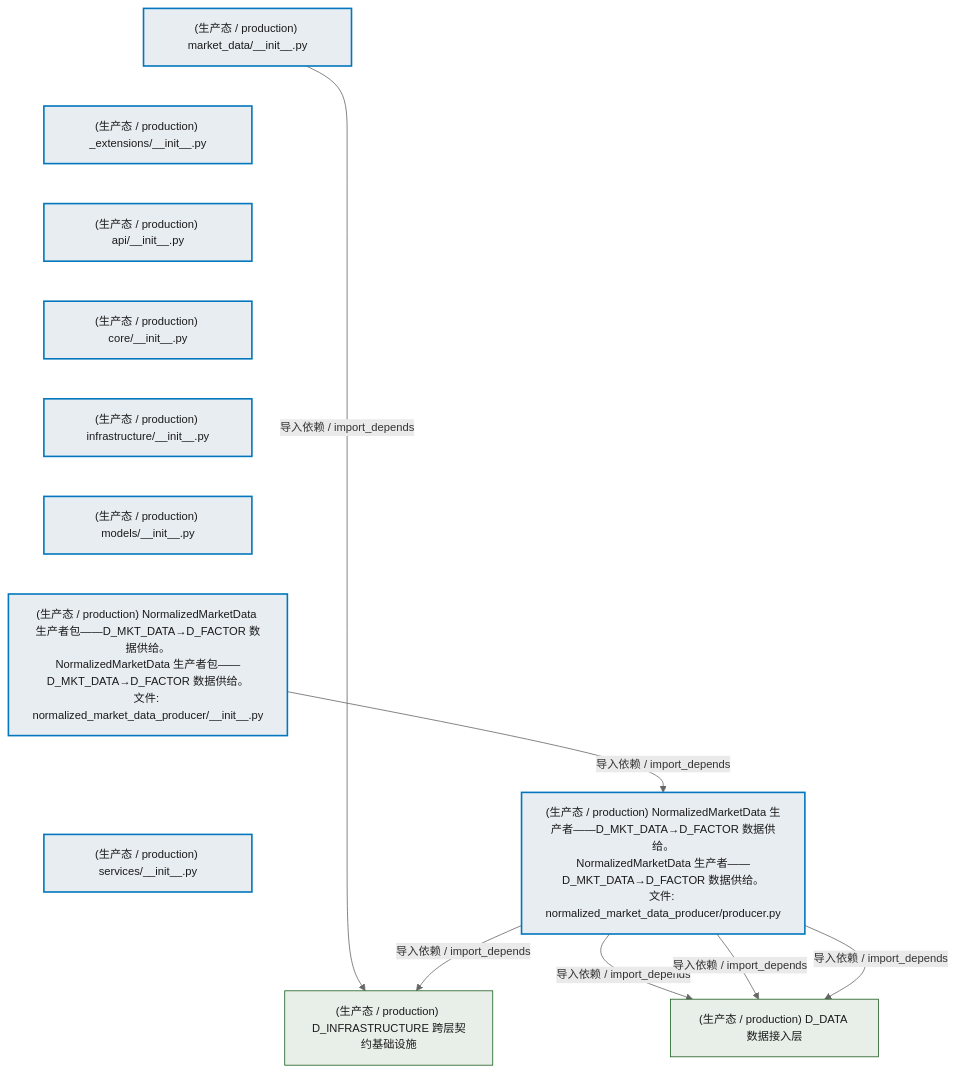
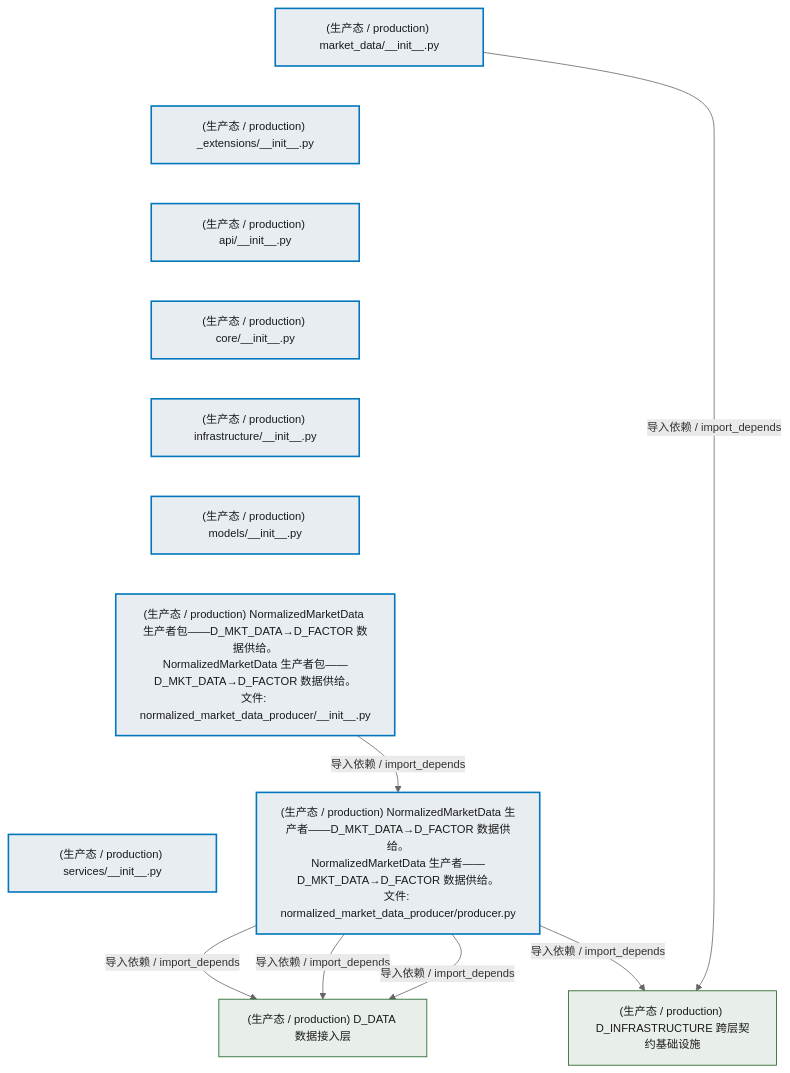
One commit to xuanFelixVan/ZephyrAlpha changed the first of 3 diagrams in docs/02_enterprise_architecture/02_domain_architecture_docs/23_d_mkt_data.md. Above: the diagram before and after it, drawn with Mermaid. The commit also changed other lines of this file and 42 other files, not shown here.

````diff
--- a/docs/02_enterprise_architecture/02_domain_architecture_docs/23_d_mkt_data.md
+++ b/docs/02_enterprise_architecture/02_domain_architecture_docs/23_d_mkt_data.md
@@ -71,34 +71,34 @@
 ```mermaid
 %%{init: {'theme': 'base', 'themeVariables': {'primaryColor': '#eaeaea', 'primaryTextColor': '#333333', 'primaryBorderColor': '#666666', 'lineColor': '#666666', 'secondaryColor': '#eaeaea', 'tertiaryColor': '#eaeaea', 'fontSize': '14px'}}}%%
 flowchart TD
     src_zephyr_market_data_init_py["(生产态 / production) market_data/__init__.py"]
     src_zephyr_market_data_extensions_init_py["(生产态 / production) _extensions/__init__.py"]
     src_zephyr_market_data_api_init_py["(生产态 / production) api/__init__.py"]
     src_zephyr_market_data_core_init_py["(生产态 / production) core/__init__.py"]
     src_zephyr_market_data_infrastructure_init_py["(生产态 / production) infrastructure/__init__.py"]
     src_zephyr_market_data_models_init_py["(生产态 / production) models/__init__.py"]
     src_zephyr_market_data_normalized_market_data_producer_init_py["(生产态 / production) NormalizedMarketData 生产者包——D_MKT_DATA→D_FACTOR 数据供给。<br/>NormalizedMarketData 生产者包——D_MKT_DATA→D_FACTOR 数据供给。<br/>文件: normalized_market_data_producer/__init__.py"]
     src_zephyr_market_data_services_init_py["(生产态 / production) services/__init__.py"]
     src_zephyr_market_data_init_py ~~~ src_zephyr_market_data_extensions_init_py
     src_zephyr_market_data_extensions_init_py ~~~ src_zephyr_market_data_api_init_py
     src_zephyr_market_data_api_init_py ~~~ src_zephyr_market_data_core_init_py
     src_zephyr_market_data_core_init_py ~~~ src_zephyr_market_data_infrastructure_init_py
     src_zephyr_market_data_infrastructure_init_py ~~~ src_zephyr_market_data_models_init_py
     src_zephyr_market_data_models_init_py ~~~ src_zephyr_market_data_normalized_market_data_producer_init_py
     src_zephyr_market_data_normalized_market_data_producer_init_py ~~~ src_zephyr_market_data_services_init_py
     src_zephyr_market_data_normalized_market_data_producer_producer_py["(生产态 / production) NormalizedMarketData 生产者——D_MKT_DATA→D_FACTOR 数据供给。<br/>NormalizedMarketData 生产者——D_MKT_DATA→D_FACTOR 数据供给。<br/>文件: normalized_market_data_producer/producer.py"]
     src_zephyr_market_data_normalized_market_data_producer_init_py -->|导入依赖 / import_depends| src_zephyr_market_data_normalized_market_data_producer_producer_py
-    D_INFRASTRUCTURE["(生产态 / production) D_INFRASTRUCTURE 跨层契约基础设施"]
-    src_zephyr_market_data_init_py -->|导入依赖 / import_depends| D_INFRASTRUCTURE
-    src_zephyr_market_data_normalized_market_data_producer_producer_py -->|导入依赖 / import_depends| D_INFRASTRUCTURE
     D_DATA["(生产态 / production) D_DATA 数据接入层"]
     src_zephyr_market_data_normalized_market_data_producer_producer_py -->|导入依赖 / import_depends| D_DATA
     src_zephyr_market_data_normalized_market_data_producer_producer_py -->|导入依赖 / import_depends| D_DATA
     src_zephyr_market_data_normalized_market_data_producer_producer_py -->|导入依赖 / import_depends| D_DATA
+    D_INFRASTRUCTURE["(生产态 / production) D_INFRASTRUCTURE 跨层契约基础设施"]
+    src_zephyr_market_data_normalized_market_data_producer_producer_py -->|导入依赖 / import_depends| D_INFRASTRUCTURE
+    src_zephyr_market_data_init_py -->|导入依赖 / import_depends| D_INFRASTRUCTURE
     classDef production fill:#e8edf2,stroke:#0277bd,stroke-width:2px,color:#1a1a1a
     classDef design fill:#f0ebe3,stroke:#bf360c,stroke-width:2px,color:#1a1a1a,stroke-dasharray: 5 5
     classDef external_prod fill:#e8efe9,stroke:#1b5e20,stroke-width:1px,color:#1a1a1a
     classDef external_design fill:#efe5ea,stroke:#880e4f,stroke-width:1px,color:#1a1a1a,stroke-dasharray: 5 5
     class src_zephyr_market_data_init_py,src_zephyr_market_data_extensions_init_py,src_zephyr_market_data_api_init_py,src_zephyr_market_data_core_init_py,src_zephyr_market_data_infrastructure_init_py,src_zephyr_market_data_models_init_py,src_zephyr_market_data_normalized_market_data_producer_init_py,src_zephyr_market_data_normalized_market_data_producer_producer_py,src_zephyr_market_data_services_init_py production
-    class D_INFRASTRUCTURE,D_DATA external_prod
+    class D_DATA,D_INFRASTRUCTURE external_prod
 ```
````
